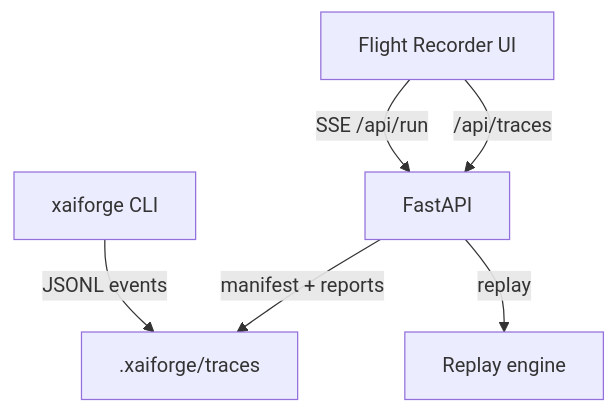
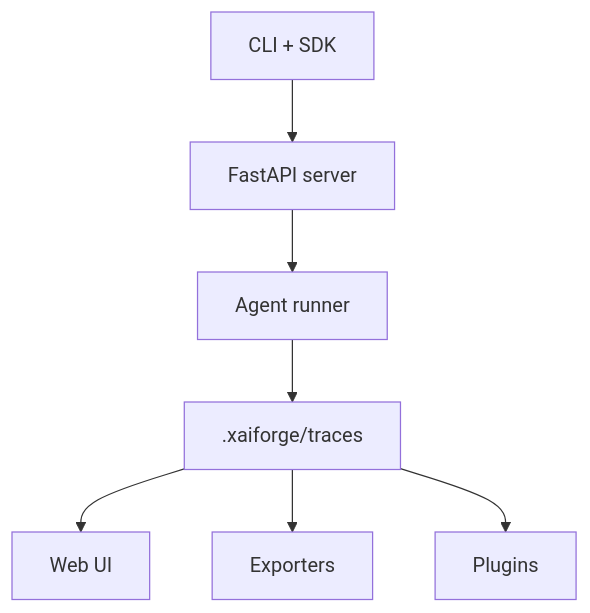
The diagram in README.md (raj200501/xAI-Forge), drawn with Mermaid before and after one commit. The commit also changed other lines of this file and 55 other files, not shown here.

````diff
--- a/README.md
+++ b/README.md
@@ -47,8 +75,9 @@
 ```mermaid
 graph TD
-  CLI[xaiforge CLI] -->|JSONL events| Store[.xaiforge/traces]
-  UI[Flight Recorder UI] -->|SSE /api/run| API[FastAPI]
-  UI -->|/api/traces| API
-  API -->|manifest + reports| Store
-  API -->|replay| Replay[Replay engine]
+  CLI[CLI + SDK] --> API[FastAPI server]
+  API --> Runner[Agent runner]
+  Runner --> TraceStore[.xaiforge/traces]
+  TraceStore --> UI[Web UI]
+  TraceStore --> Exporters[Exporters]
+  TraceStore --> Plugins[Plugins]
 ```
````
